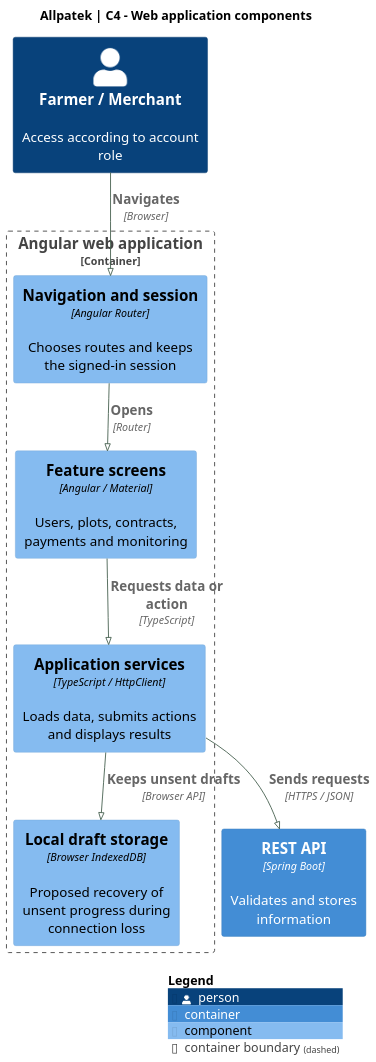
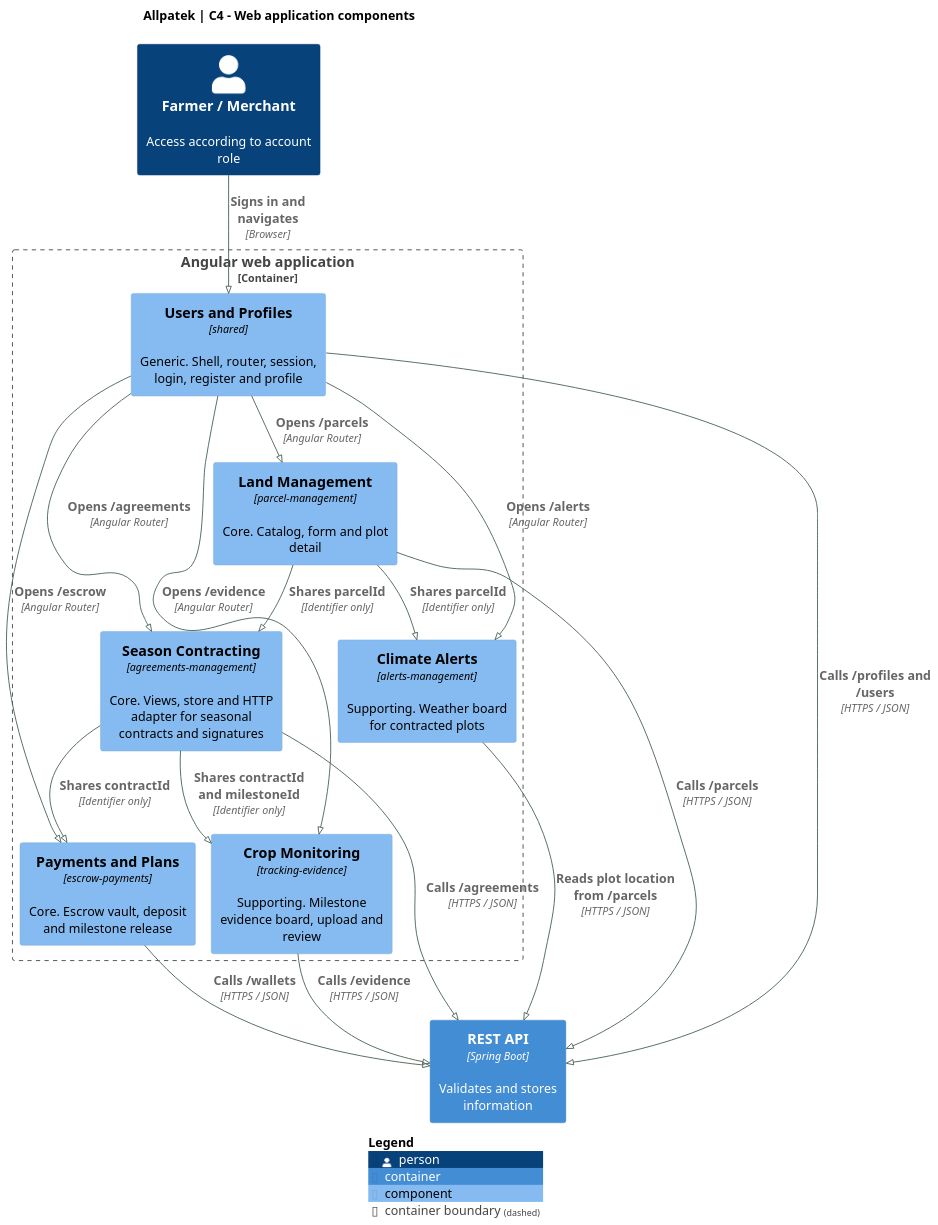
One commit to upc-pre-202620-1asi0729-7753-Terranova/allpatek-report changed the diagram in assets/chapter-04/architecture/05-web-components.puml. Above: the diagram before and after it, drawn with PlantUML. The commit also changed 2 other files, not shown here.

Commit message:
docs(architecture): update web application components diagram and readme

```diff
--- a/assets/chapter-04/architecture/05-web-components.puml
+++ b/assets/chapter-04/architecture/05-web-components.puml
@@ -1,29 +1,47 @@
 @startuml
 !pragma layout smetana
 !include <C4/C4_Component>
 skinparam backgroundColor white
 skinparam defaultFontName SansSerif
-skinparam defaultFontSize 15
+skinparam defaultFontSize 14
 skinparam shadowing false
 skinparam classAttributeIconSize 0
 skinparam ArrowColor #476050
 skinparam dpi 140
 title Allpatek | C4 - Web application components
 
 LAYOUT_TOP_DOWN()
 Person(user,"Farmer / Merchant","Access according to account role")
+
 Container_Boundary(web,"Angular web application") {
- Component(nav,"Navigation and session","Angular Router","Chooses routes and keeps the signed-in session")
- Component(views,"Feature screens","Angular / Material","Users, plots, contracts, payments and monitoring")
- Component(services,"Application services","TypeScript / HttpClient","Loads data, submits actions and displays results")
- Component(local,"Local draft storage","Browser IndexedDB","Proposed recovery of unsent progress during connection loss")
+  Component(agreements,"Season Contracting","agreements-management","Core. Views, store and HTTP adapter for seasonal contracts and signatures")
+  Component(parcels,"Land Management","parcel-management","Core. Catalog, form and plot detail")
+  Component(escrow,"Payments and Plans","escrow-payments","Core. Escrow vault, deposit and milestone release")
+  Component(evidence,"Crop Monitoring","tracking-evidence","Supporting. Milestone evidence board, upload and review")
+  Component(alerts,"Climate Alerts","alerts-management","Supporting. Weather board for contracted plots")
+  Component(shared,"Users and Profiles","shared","Generic. Shell, router, session, login, register and profile")
 }
+
 Container(api,"REST API","Spring Boot","Validates and stores information")
-Rel(user,nav,"Navigates", "Browser")
-Rel(nav,views,"Opens", "Router")
-Rel(views,services,"Requests data or action", "TypeScript")
-Rel(services,local,"Keeps unsent drafts", "Browser API")
-Rel(services,api,"Sends requests", "HTTPS / JSON")
+
+Rel(user,shared,"Signs in and navigates", "Browser")
+Rel(shared,agreements,"Opens /agreements", "Angular Router")
+Rel(shared,parcels,"Opens /parcels", "Angular Router")
+Rel(shared,escrow,"Opens /escrow", "Angular Router")
+Rel(shared,evidence,"Opens /evidence", "Angular Router")
+Rel(shared,alerts,"Opens /alerts", "Angular Router")
+
+Rel(parcels,agreements,"Shares parcelId", "Identifier only")
+Rel(agreements,escrow,"Shares contractId", "Identifier only")
+Rel(agreements,evidence,"Shares contractId and milestoneId", "Identifier only")
+Rel(parcels,alerts,"Shares parcelId", "Identifier only")
+
+Rel(agreements,api,"Calls /agreements", "HTTPS / JSON")
+Rel(parcels,api,"Calls /parcels", "HTTPS / JSON")
+Rel(escrow,api,"Calls /wallets", "HTTPS / JSON")
+Rel(evidence,api,"Calls /evidence", "HTTPS / JSON")
+Rel(shared,api,"Calls /profiles and /users", "HTTPS / JSON")
+Rel(alerts,api,"Reads plot location from /parcels", "HTTPS / JSON")
+
 SHOW_LEGEND()
-
 @enduml
```
